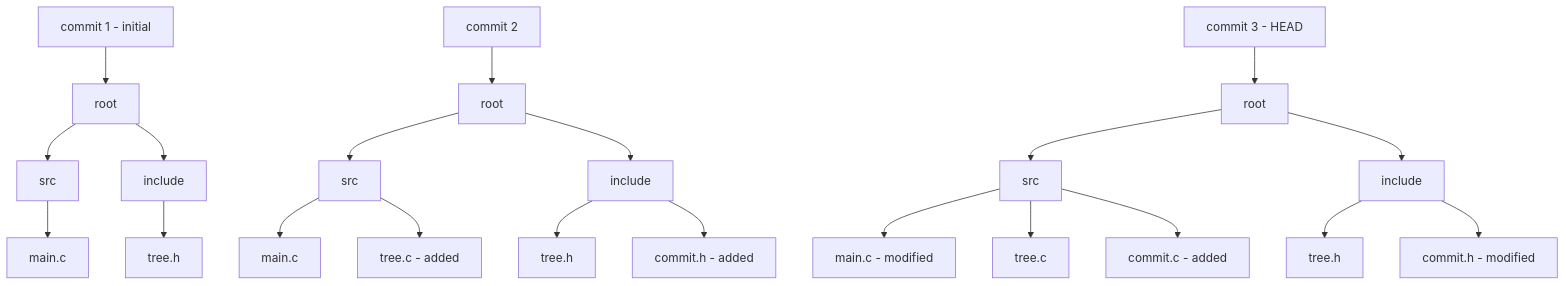
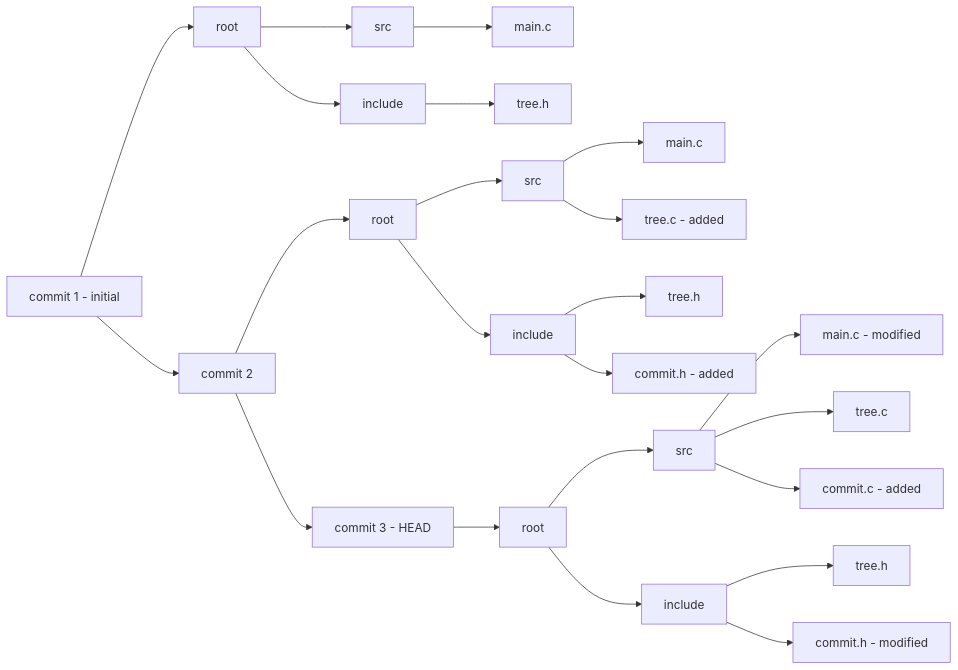
The second of 2 diagrams in README.md (yacine204/cit), drawn with Mermaid before and after one commit. The commit also changed other lines of this file, not shown here.

````diff
--- a/README.md
+++ b/README.md
@@ -30,25 +25,28 @@
 ```mermaid
-graph TD
-    C1[commit 1 - initial] --> R1[root]
+graph LR
+    C1[commit 1 - initial] --> C2[commit 2]
+    C2 --> C3[commit 3 - HEAD]
+
+    C1 --> R1[root]
     R1 --> S1[src]
     R1 --> I1[include]
     S1 --> A1[main.c]
     I1 --> B1[tree.h]
 
-    C2[commit 2] --> R2[root]
+    C2 --> R2[root]
     R2 --> S2[src]
     R2 --> I2[include]
     S2 --> A2[main.c]
     S2 --> C22[tree.c - added]
     I2 --> B2[tree.h]
     I2 --> D2[commit.h - added]
 
-    C3[commit 3 - HEAD] --> R3[root]
+    C3 --> R3[root]
     R3 --> S3[src]
     R3 --> I3[include]
     S3 --> A3[main.c - modified]
     S3 --> C33[tree.c]
     S3 --> E3[commit.c - added]
     I3 --> B3[tree.h]
     I3 --> D3[commit.h - modified]
 ```
````
